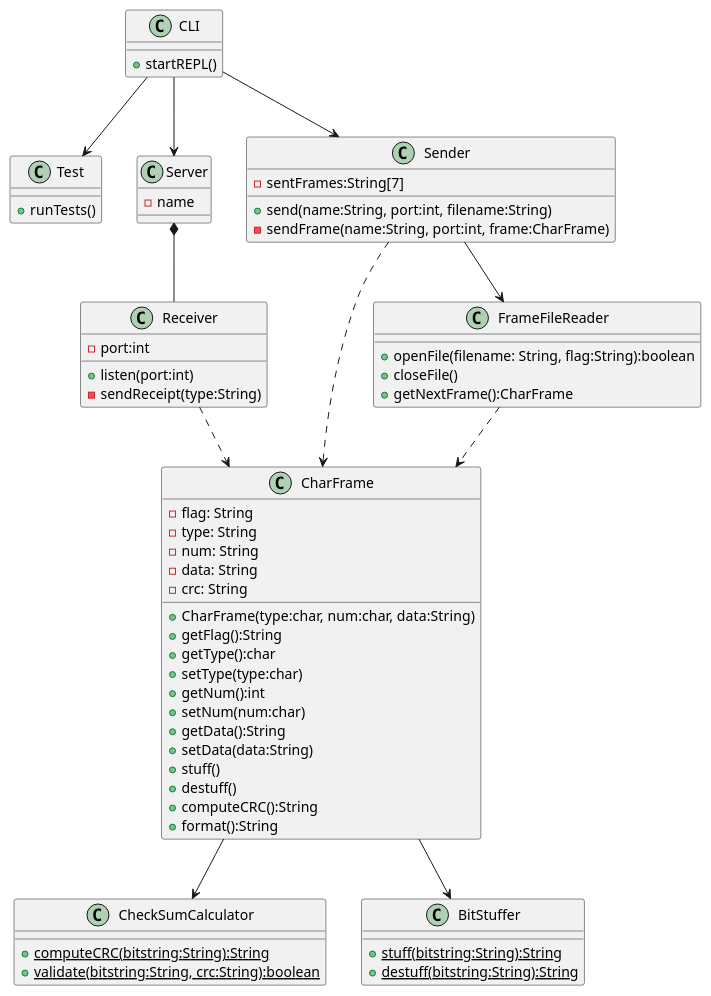
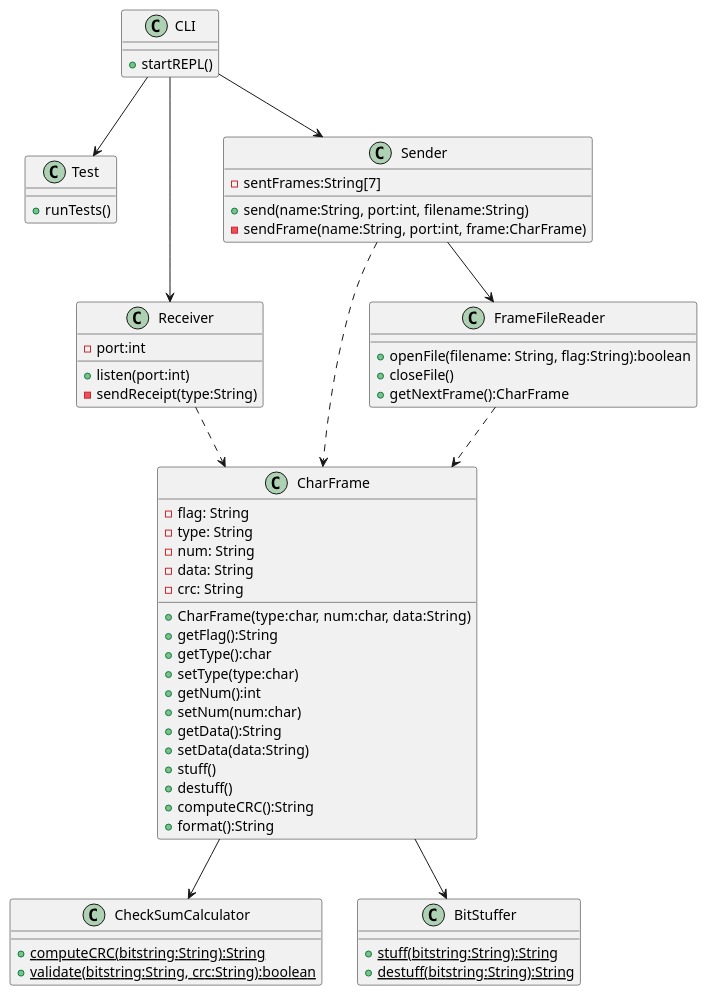
One commit to elisezhg/IFT3325-TP2 changed the diagram in class2.pu. Above: the diagram before and after it, drawn with PlantUML. The commit also changed 8 other files, not shown here.

```diff
--- a/class2.pu
+++ b/class2.pu
@@ -1,75 +1,71 @@
 @startuml
 skinparam defaultFontName Courier 10 Pitch
 class CharFrame{
 	-flag: String
 	-type: String
 	-num: String
 	-data: String
 	-crc: String
 
 	/'the idea is for the constructor to immediately convert fields to
 	easier to work with bit strings'/
 	+CharFrame(type:char, num:char, data:String)
 	+getFlag():String
 	+getType():char
 	+setType(type:char)
 	+getNum():int
 	+setNum(num:char)
 	+getData():String
 	+setData(data:String)
 	+stuff()
 	+destuff()
 	+computeCRC():String
 	+format():String
 }
 class CheckSumCalculator{
 	{static} +computeCRC(bitstring:String):String
 	{static} +validate(bitstring:String, crc:String):boolean
 }
 class BitStuffer{
 	{static} +stuff(bitstring:String):String
 	{static} +destuff(bitstring:String):String
 }
 class FrameFileReader{
 
 	+openFile(filename: String, flag:String):boolean
 	+closeFile()
 	+getNextFrame():CharFrame
 
 }
 class CLI{
 	+startREPL()
 }
 class Test{
 	+runTests()
 }
-class Server{
-	-name
-}
 
 class Receiver{
 	-port:int
 
 	+listen(port:int)
 	-sendReceipt(type:String)
 }
 class Sender{
 	-sentFrames:String[7]/'needed to resend'/
 
 	+send(name:String, port:int, filename:String)
 	-sendFrame(name:String, port:int, frame:CharFrame)
 }
 
 CLI --> Sender
-CLI --> Server
-Server *-- Receiver
+CLI --> Receiver
 
 FrameFileReader ..> CharFrame
 CharFrame --> CheckSumCalculator
 CharFrame --> BitStuffer
 
 CLI --> Test
 Sender --> FrameFileReader
 Sender ..> CharFrame
 Receiver ..> CharFrame
 @enduml
```
